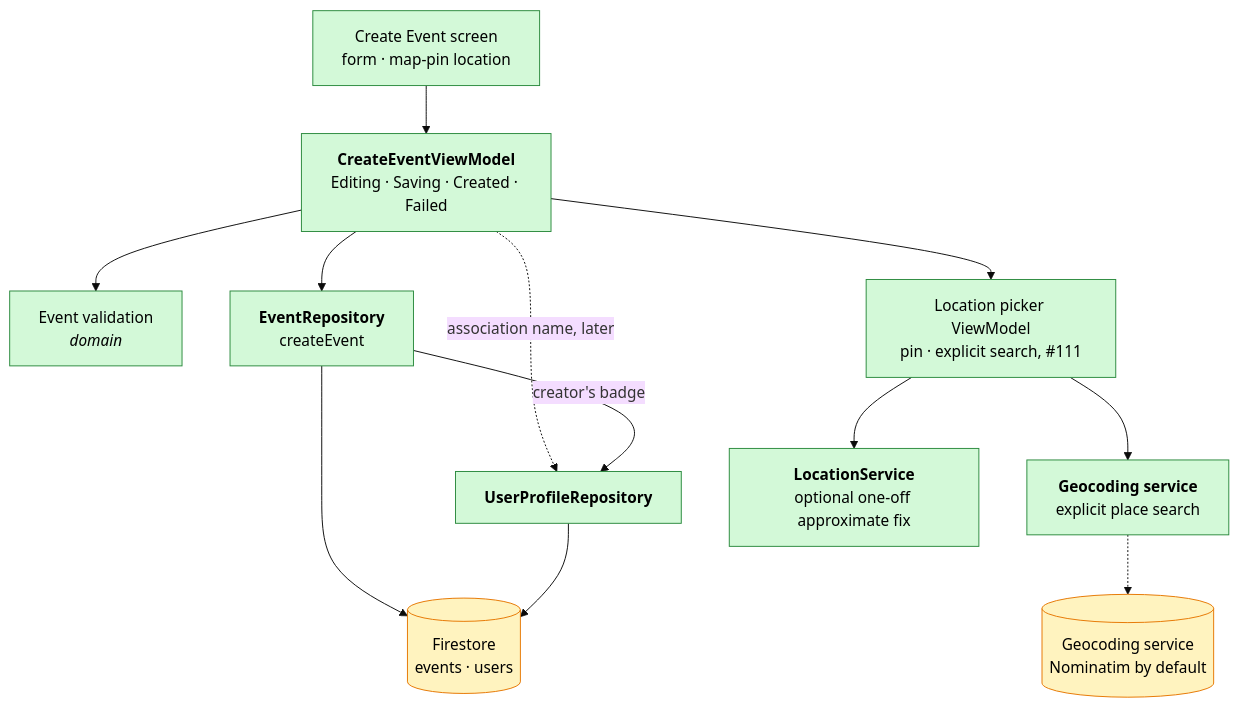
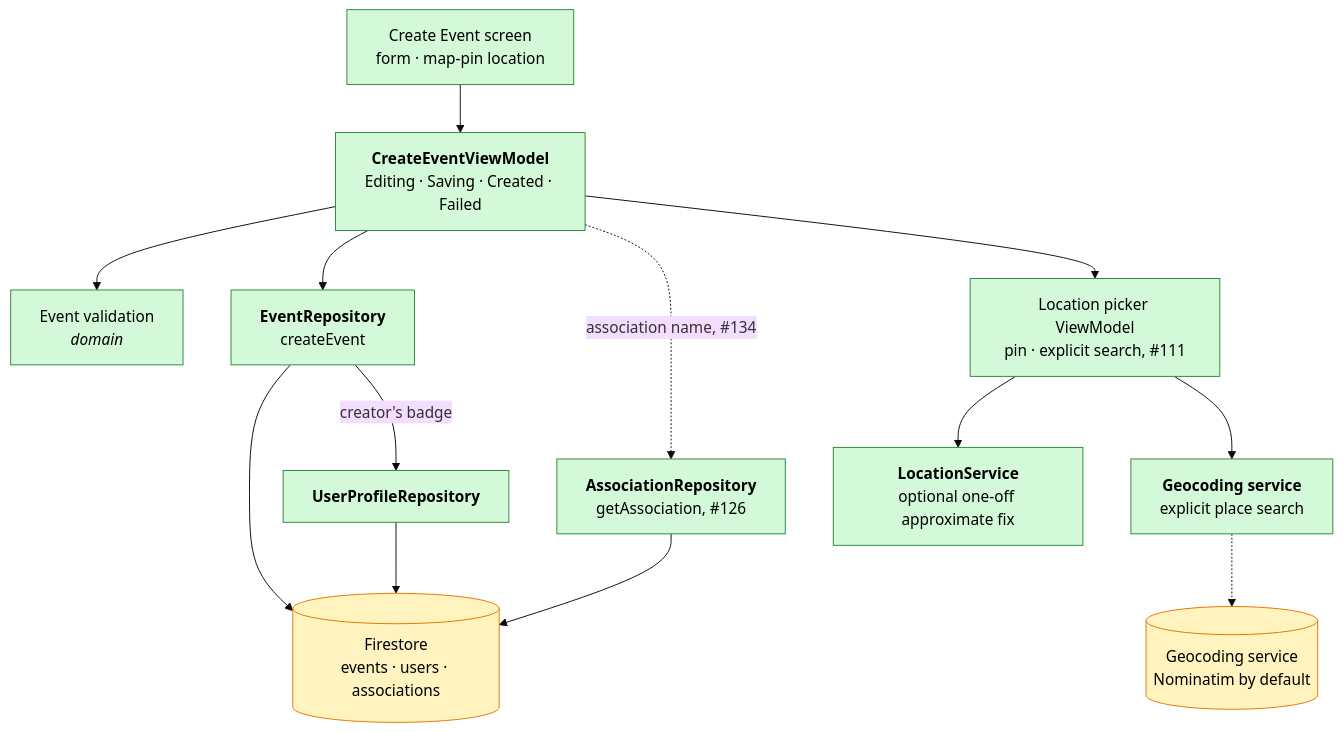
Before and after one commit to swent-polysocial/PolySocial: the fifth of 11 diagrams in docs/Architecture-Diagram.md, drawn with Mermaid (base theme). The commit also changed other lines of this file and 2 other files, not shown here.

First line of the commit message:
docs: record the association profile access

````diff
--- a/docs/Architecture-Diagram.md
+++ b/docs/Architecture-Diagram.md
@@ -155,18 +155,19 @@
 ```mermaid
 flowchart TB
   classDef s1 fill:#d3f9d8,stroke:#2b8a3e,color:#000
   classDef pb fill:#dbe4ff,stroke:#364fc7,color:#000
   classDef ext fill:#fff3bf,stroke:#e67700,color:#000
 
   createS["Create Event screen<br/>form · map-pin location"]:::s1 --> createVM["<b>CreateEventViewModel</b><br/>Editing · Saving · Created · Failed"]:::s1
   createVM --> valid["Event validation<br/><i>domain</i>"]:::s1
   createVM --> ev["<b>EventRepository</b><br/>createEvent"]:::s1
-  createVM -. "association name, later" .-> prof["<b>UserProfileRepository</b>"]:::s1
-  ev -- "creator's badge" --> prof
+  createVM -. "association name, #134" .-> assoc["<b>AssociationRepository</b><br/>getAssociation, #126"]:::s1
+  ev -- "creator's badge" --> prof["<b>UserProfileRepository</b>"]:::s1
   createVM --> picker["Location picker ViewModel<br/>pin · explicit search, #111"]:::s1
   picker --> geo["<b>Geocoding service</b><br/>explicit place search"]:::s1
   picker --> loc["<b>LocationService</b><br/>optional one-off approximate fix"]:::s1
-  ev --> fs[("Firestore<br/>events · users")]:::ext
+  ev --> fs[("Firestore<br/>events · users · associations")]:::ext
   prof --> fs
+  assoc --> fs
   geo -.-> nom[("Geocoding service<br/>Nominatim by default")]:::ext
 ```
````
